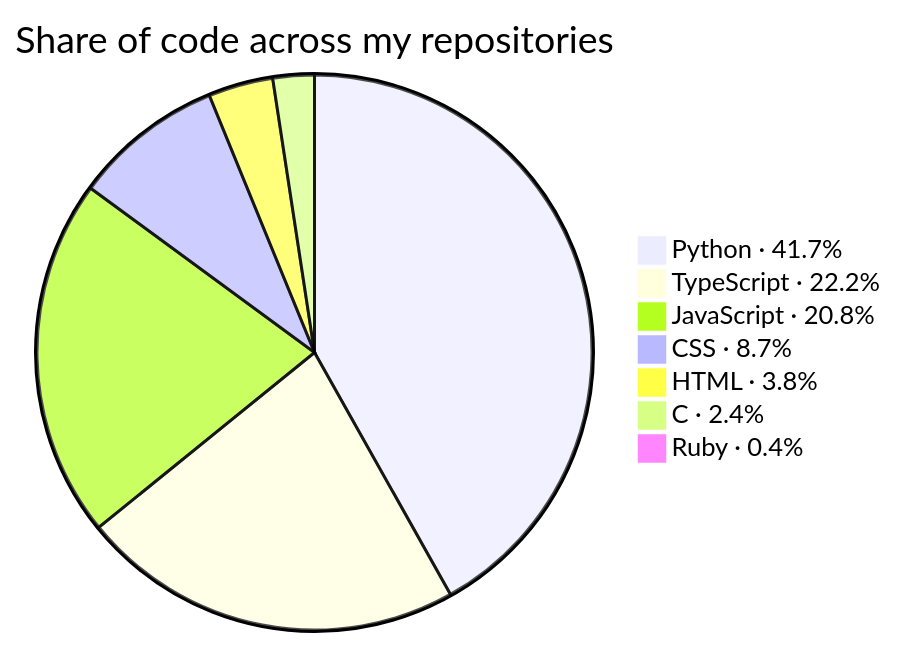
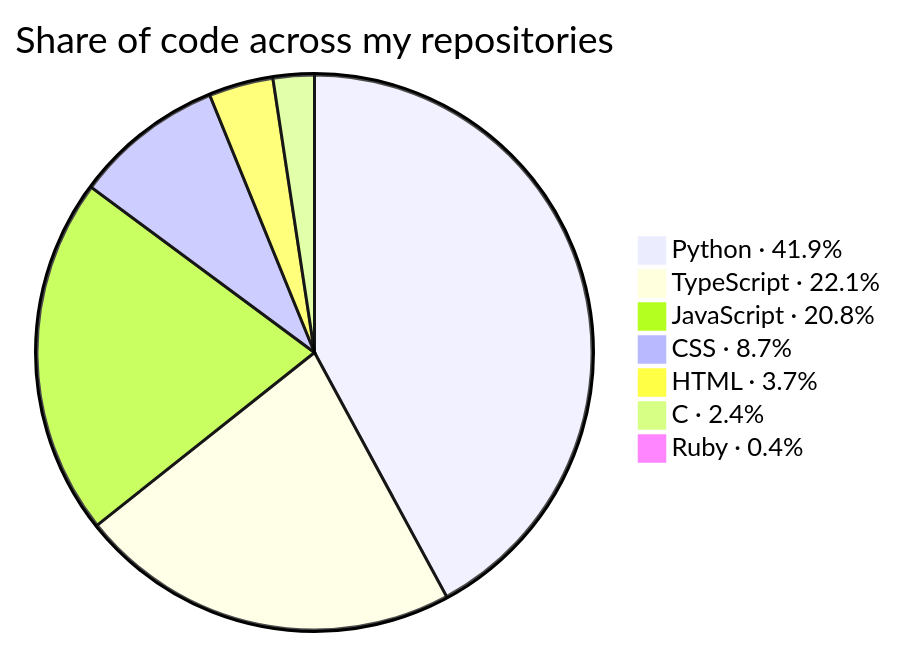
Before and after one commit to KathFK1234/KathFK1234: the second of 3 diagrams in README.md, drawn with Mermaid. The commit also changed other lines of this file and 4 other files, not shown here.

````diff
--- a/README.md
+++ b/README.md
@@ -109,11 +109,11 @@
 ```mermaid
 %%{init: {"themeVariables": {"pieSectionTextSize": "0px"}}}%%
 pie title Share of code across my repositories
-    "Python · 41.7%" : 1088.9
-    "TypeScript · 22.2%" : 580.5
-    "JavaScript · 20.8%" : 544.2
+    "Python · 41.9%" : 1100.6
+    "TypeScript · 22.1%" : 580.5
+    "JavaScript · 20.8%" : 544.5
     "CSS · 8.7%" : 227.5
-    "HTML · 3.8%" : 98.1
+    "HTML · 3.7%" : 98.1
     "C · 2.4%" : 62.7
     "Ruby · 0.4%" : 10.1
 ```
````
